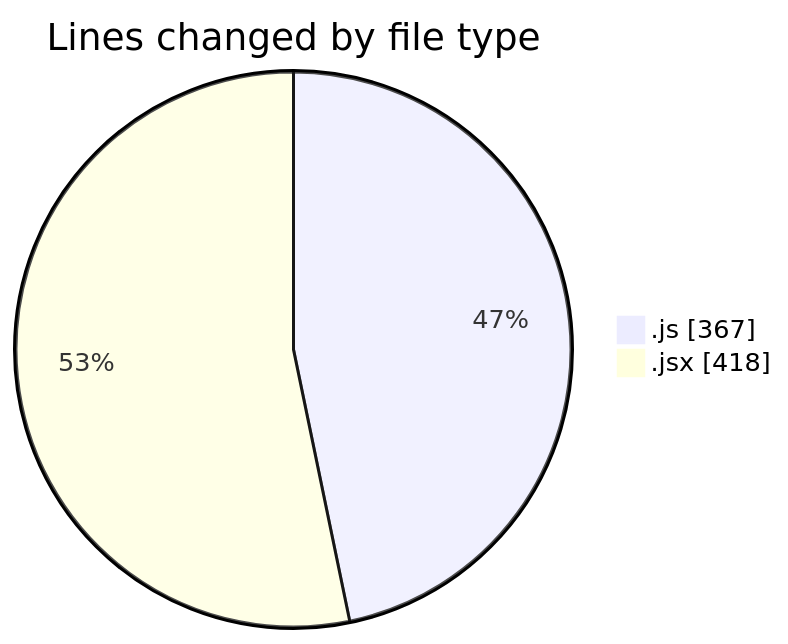
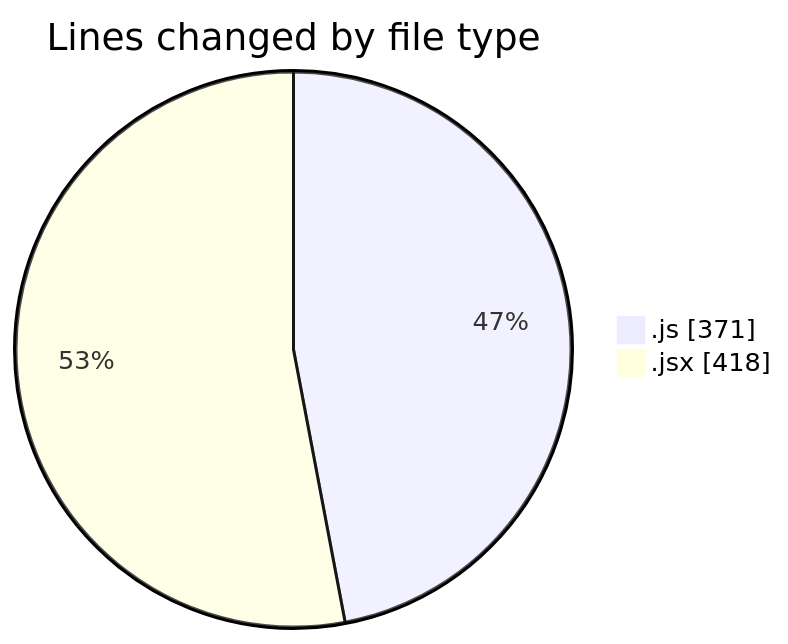
Before and after one commit to nxtqubesakshisongat/code-tracking: the first of 2 diagrams in 2025-05-29/nxtqube_webapp/README.md, drawn with Mermaid. The commit also changed other lines of this file and 1 other file, not shown here.

````diff
--- a/2025-05-29/nxtqube_webapp/README.md
+++ b/2025-05-29/nxtqube_webapp/README.md
@@ -27,6 +27,6 @@
 ```mermaid
 pie showData
 title Lines changed by file type
-".js" : 367
+".js" : 371
 ".jsx" : 418
 ```
````
